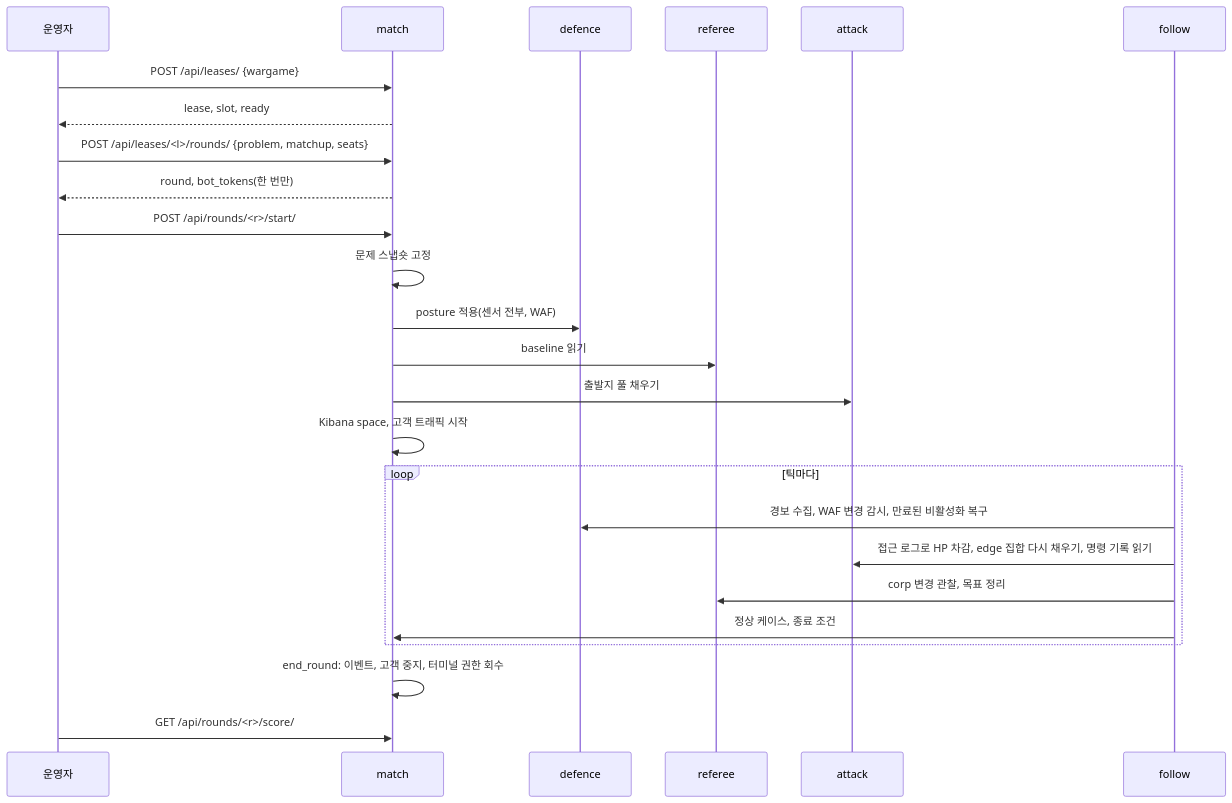
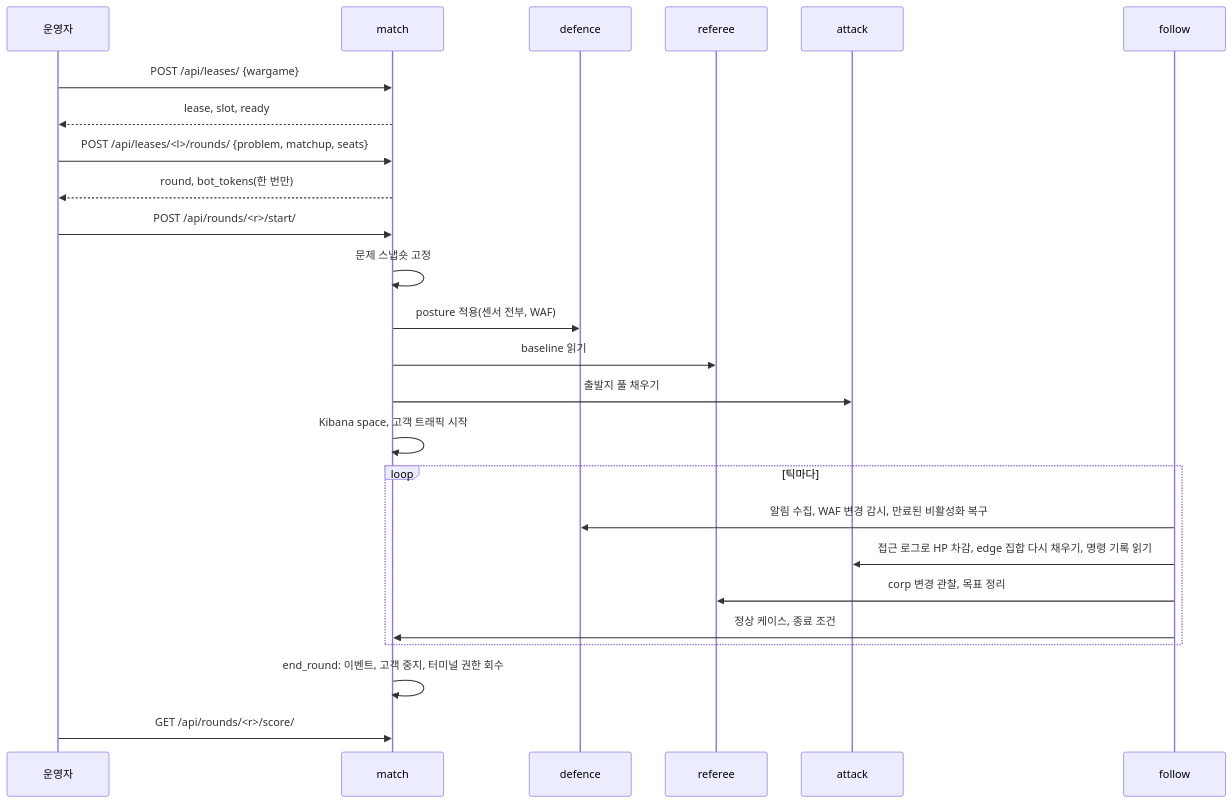
The diagram in docs/ARCHITECTURE.md (Nekonic/fsl-project-mvp), drawn with Mermaid before and after one commit. The commit also changed other lines of this file and 75 other files, not shown here.

````diff
--- a/docs/ARCHITECTURE.md
+++ b/docs/ARCHITECTURE.md
@@ -204,27 +204,27 @@
 ```mermaid
 sequenceDiagram
   participant O as 운영자
   participant M as match
   participant D as defence
   participant R as referee
   participant A as attack
   participant F as follow
   O->>M: POST /api/leases/ {wargame}
   M-->>O: lease, slot, ready
   O->>M: POST /api/leases/<l>/rounds/ {problem, matchup, seats}
   M-->>O: round, bot_tokens(한 번만)
   O->>M: POST /api/rounds/<r>/start/
   M->>M: 문제 스냅숏 고정
   M->>D: posture 적용(센서 전부, WAF)
   M->>R: baseline 읽기
   M->>A: 출발지 풀 채우기
   M->>M: Kibana space, 고객 트래픽 시작
   loop 틱마다
-    F->>D: 경보 수집, WAF 변경 감시, 만료된 비활성화 복구
+    F->>D: 알림 수집, WAF 변경 감시, 만료된 비활성화 복구
     F->>A: 접근 로그로 HP 차감, edge 집합 다시 채우기, 명령 기록 읽기
     F->>R: corp 변경 관찰, 목표 정리
     F->>M: 정상 케이스, 종료 조건
   end
   M->>M: end_round: 이벤트, 고객 중지, 터미널 권한 회수
   O->>M: GET /api/rounds/<r>/score/
 ```
````
